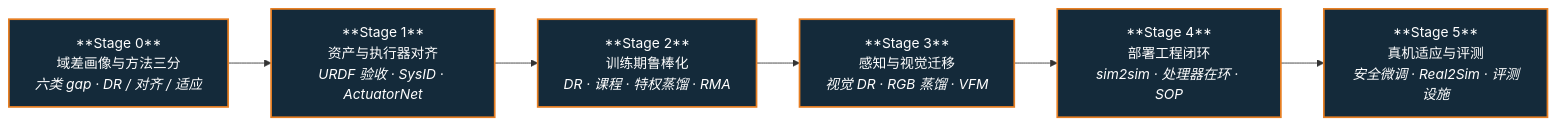
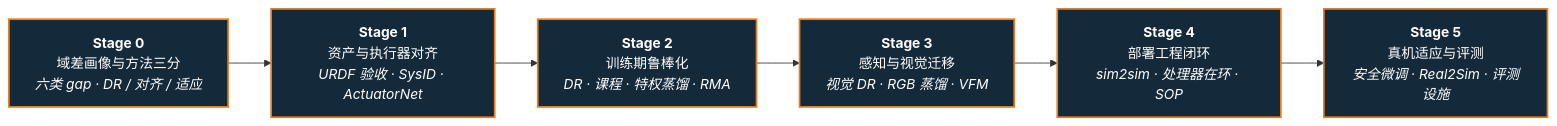
One commit to ImChong/Robotics_Notebooks changed the diagram in roadmap/depth-sim2real.md. Above: the diagram before and after it, drawn with Mermaid. The commit also changed 27 other files, not shown here.

First line of the commit message:
fix(ux): 修复纵深路线一览 Mermaid 节点 ** 原样显示

````diff
--- a/roadmap/depth-sim2real.md
+++ b/roadmap/depth-sim2real.md
@@ -7,14 +7,14 @@
 ```mermaid
 flowchart LR
-  S0["**Stage 0**<br/>域差画像与方法三分<br/><em>六类 gap · DR / 对齐 / 适应</em>"]
-  S1["**Stage 1**<br/>资产与执行器对齐<br/><em>URDF 验收 · SysID · ActuatorNet</em>"]
-  S2["**Stage 2**<br/>训练期鲁棒化<br/><em>DR · 课程 · 特权蒸馏 · RMA</em>"]
-  S3["**Stage 3**<br/>感知与视觉迁移<br/><em>视觉 DR · RGB 蒸馏 · VFM</em>"]
-  S4["**Stage 4**<br/>部署工程闭环<br/><em>sim2sim · 处理器在环 · SOP</em>"]
-  S5["**Stage 5**<br/>真机适应与评测<br/><em>安全微调 · Real2Sim · 评测设施</em>"]
+  S0["<b>Stage 0</b><br/>域差画像与方法三分<br/><em>六类 gap · DR / 对齐 / 适应</em>"]
+  S1["<b>Stage 1</b><br/>资产与执行器对齐<br/><em>URDF 验收 · SysID · ActuatorNet</em>"]
+  S2["<b>Stage 2</b><br/>训练期鲁棒化<br/><em>DR · 课程 · 特权蒸馏 · RMA</em>"]
+  S3["<b>Stage 3</b><br/>感知与视觉迁移<br/><em>视觉 DR · RGB 蒸馏 · VFM</em>"]
+  S4["<b>Stage 4</b><br/>部署工程闭环<br/><em>sim2sim · 处理器在环 · SOP</em>"]
+  S5["<b>Stage 5</b><br/>真机适应与评测<br/><em>安全微调 · Real2Sim · 评测设施</em>"]
 
   S0 --> S1 --> S2 --> S3 --> S4 --> S5
 
   classDef stage fill:#142a3a,stroke:#e67e22,stroke-width:2px,color:#fff
   class S0,S1,S2,S3,S4,S5 stage
 ```
````
